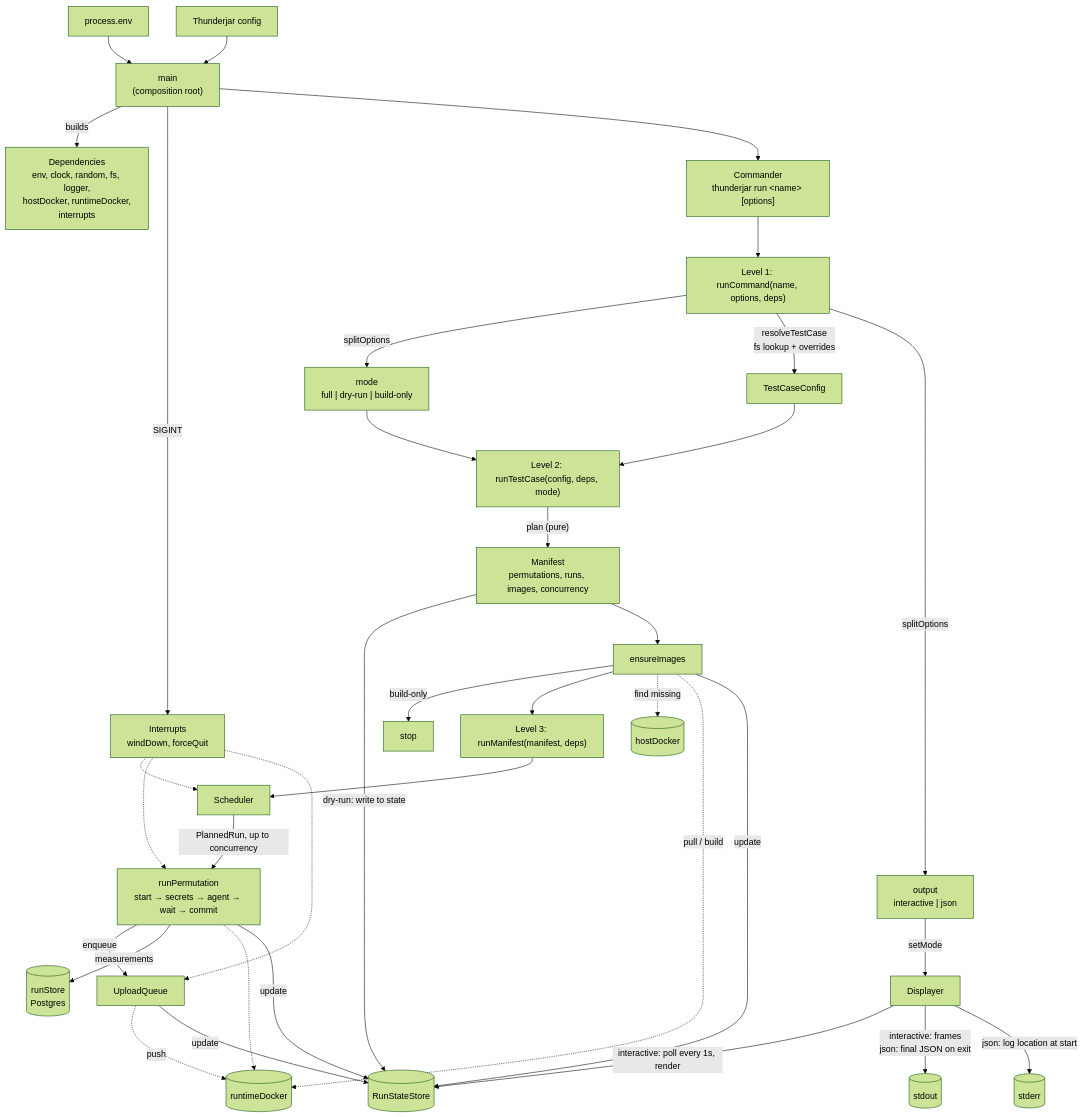
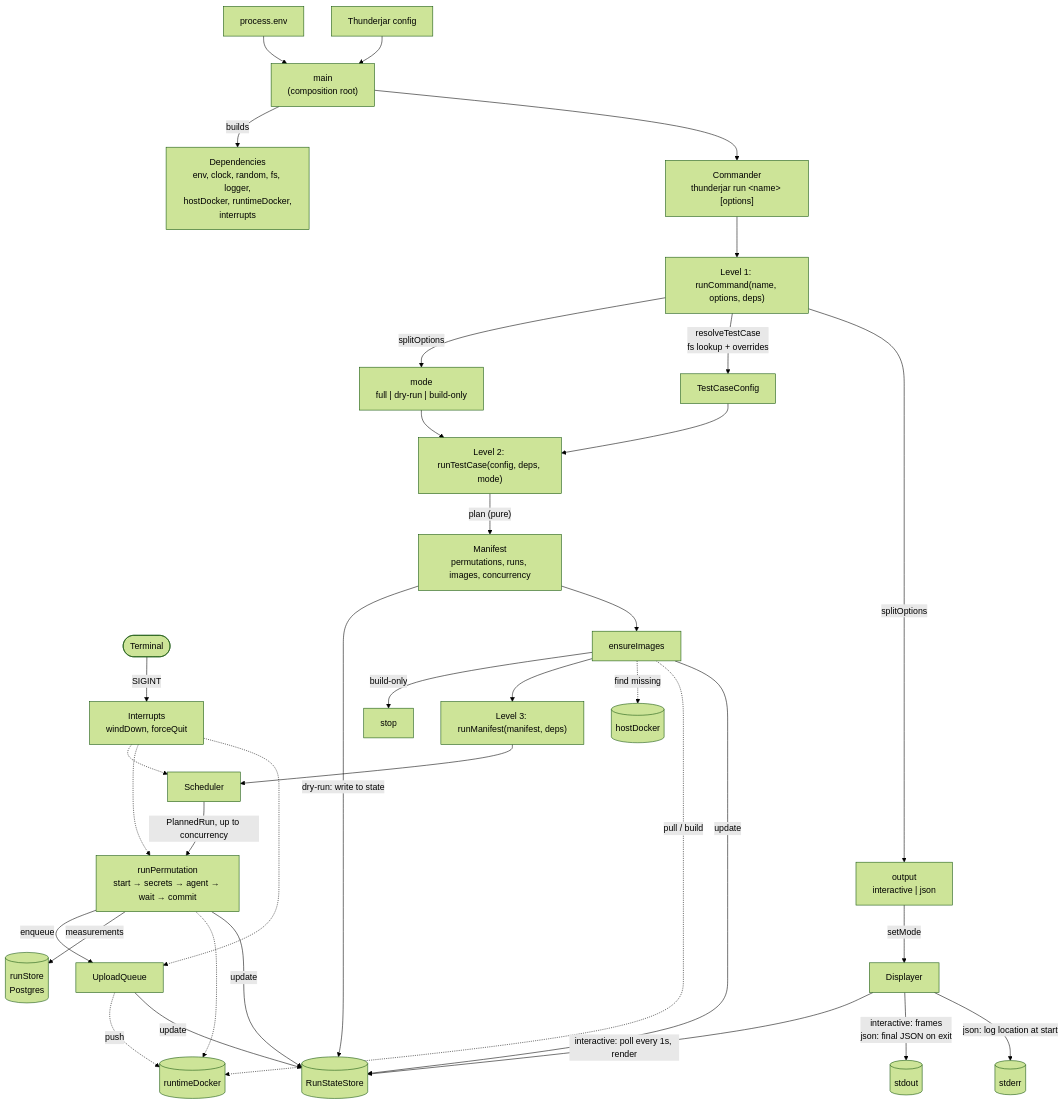
Before and after one commit to dwjohnston/thunderjar: the first of 3 diagrams in project-md/human-safe-space/refactor-work/architecture-plan.md, drawn with Mermaid (forest theme). The commit also changed other lines of this file, not shown here.

First line of the commit message:
Refactor architecture plan for signal handling

````diff
--- a/project-md/human-safe-space/refactor-work/architecture-plan.md
+++ b/project-md/human-safe-space/refactor-work/architecture-plan.md
@@ -7,42 +7,42 @@
 ```mermaid
 flowchart TD
   env["process.env"] --> main
   tjconfig["Thunderjar config"] --> main
   main["main<br/>(composition root)"] -->|"builds"| deps["Dependencies<br/>env, clock, random, fs, logger,<br/>hostDocker, runtimeDocker,<br/>interrupts"]
-  main -->|"SIGINT"| intr["Interrupts<br/>windDown, forceQuit"]
+  term(["Terminal"]) -->|"SIGINT"| intr["Interrupts<br/>windDown, forceQuit"]
   intr -.-> sched
   intr -.-> perm
   intr -.-> uq
   main --> cli["Commander<br/>thunderjar run &lt;name&gt; [options]"]
 
   cli --> L1["Level 1: runCommand(name, options, deps)"]
   L1 -->|"splitOptions"| mode["mode<br/>full | dry-run | build-only"]
   L1 -->|"resolveTestCase<br/>fs lookup + overrides"| cfg["TestCaseConfig"]
 
   cfg --> L2["Level 2: runTestCase(config, deps, mode)"]
   mode --> L2
   L2 -->|"plan (pure)"| manifest["Manifest<br/>permutations, runs, images, concurrency"]
   manifest -->|"dry-run: write to state"| state
   manifest --> ensure["ensureImages"]
   ensure -->|"build-only"| stop["stop"]
   ensure --> L3["Level 3: runManifest(manifest, deps)"]
 
   L3 --> sched["Scheduler"]
   sched -->|"PlannedRun, up to concurrency"| perm["runPermutation<br/>start → secrets → agent → wait → commit"]
   perm -->|"enqueue"| uq["UploadQueue"]
   perm -->|"measurements"| runstore[("runStore<br/>Postgres")]
 
   ensure -. "find missing" .-> host[("hostDocker")]
   ensure -. "pull / build" .-> rt[("runtimeDocker")]
   perm -.-> rt
   uq -. "push" .-> rt
 
   L1 -->|"splitOptions"| output["output<br/>interactive | json"]
   output -->|"setMode"| disp["Displayer"]
   ensure -->|"update"| state[("RunStateStore")]
   perm -->|"update"| state
   uq -->|"update"| state
   disp -->|"interactive: poll every 1s, render"| state
   disp -->|"interactive: frames<br/>json: final JSON on exit"| stdout[("stdout")]
   disp -->|"json: log location at start"| stderr[("stderr")]
 ```
````
